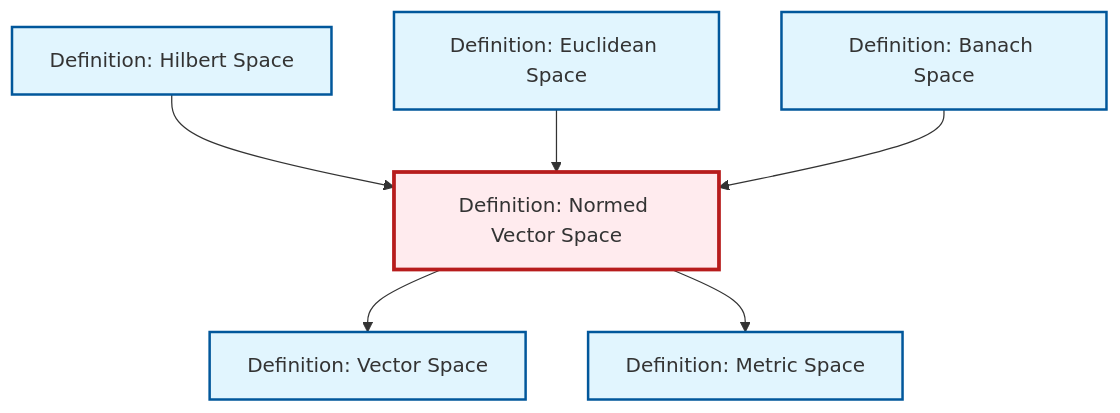
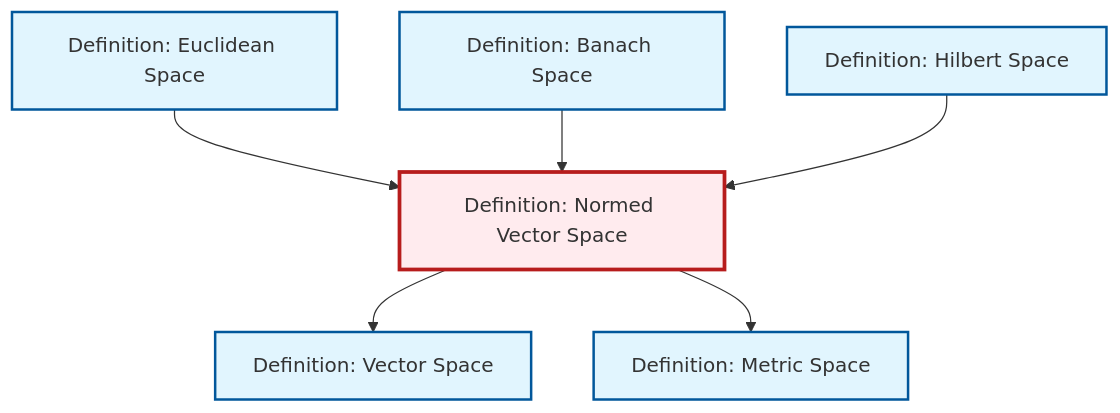
One commit to RK0429/ModernMath changed the diagram in content/ja/analysis/def-normed-vector-space.qmd. Above: the diagram before and after it, drawn with Mermaid. The commit also changed other lines of this file and 654 other files, not shown here.

````diff
--- a/content/ja/analysis/def-normed-vector-space.qmd
+++ b/content/ja/analysis/def-normed-vector-space.qmd
@@ -132,26 +133,26 @@
 ```{mermaid}
 %%| fig-cap: "Local dependency graph"
 graph TD
     classDef definition fill:#e1f5fe,stroke:#01579b,stroke-width:2px
     classDef theorem fill:#f3e5f5,stroke:#4a148c,stroke-width:2px
     classDef axiom fill:#fff3e0,stroke:#e65100,stroke-width:2px
     classDef example fill:#e8f5e9,stroke:#1b5e20,stroke-width:2px
     classDef current fill:#ffebee,stroke:#b71c1c,stroke-width:3px
+    def-euclidean-space["Definition: Euclidean Space"]:::definition
     def-hilbert-space["Definition: Hilbert Space"]:::definition
+    def-metric-space["Definition: Metric Space"]:::definition
+    def-normed-vector-space["Definition: Normed Vector Space"]:::definition
     def-banach-space["Definition: Banach Space"]:::definition
-    def-metric-space["Definition: Metric Space"]:::definition
-    def-euclidean-space["Definition: Euclidean Space"]:::definition
     def-vector-space["Definition: Vector Space"]:::definition
-    def-normed-vector-space["Definition: Normed Vector Space"]:::definition
+    def-euclidean-space --> def-normed-vector-space
+    def-banach-space --> def-normed-vector-space
+    def-normed-vector-space --> def-vector-space
     def-hilbert-space --> def-normed-vector-space
-    def-normed-vector-space --> def-vector-space
-    def-euclidean-space --> def-normed-vector-space
     def-normed-vector-space --> def-metric-space
-    def-banach-space --> def-normed-vector-space
     class def-normed-vector-space current
+    click def-euclidean-space "def-euclidean-space.html" "Definition: Euclidean Spaceへ"
     click def-hilbert-space "def-hilbert-space.html" "Definition: Hilbert Spaceへ"
+    click def-metric-space "def-metric-space.html" "Definition: Metric Spaceへ"
     click def-banach-space "def-banach-space.html" "Definition: Banach Spaceへ"
-    click def-metric-space "def-metric-space.html" "Definition: Metric Spaceへ"
-    click def-euclidean-space "def-euclidean-space.html" "Definition: Euclidean Spaceへ"
     click def-vector-space "def-vector-space.html" "Definition: Vector Spaceへ"
 ```
````
